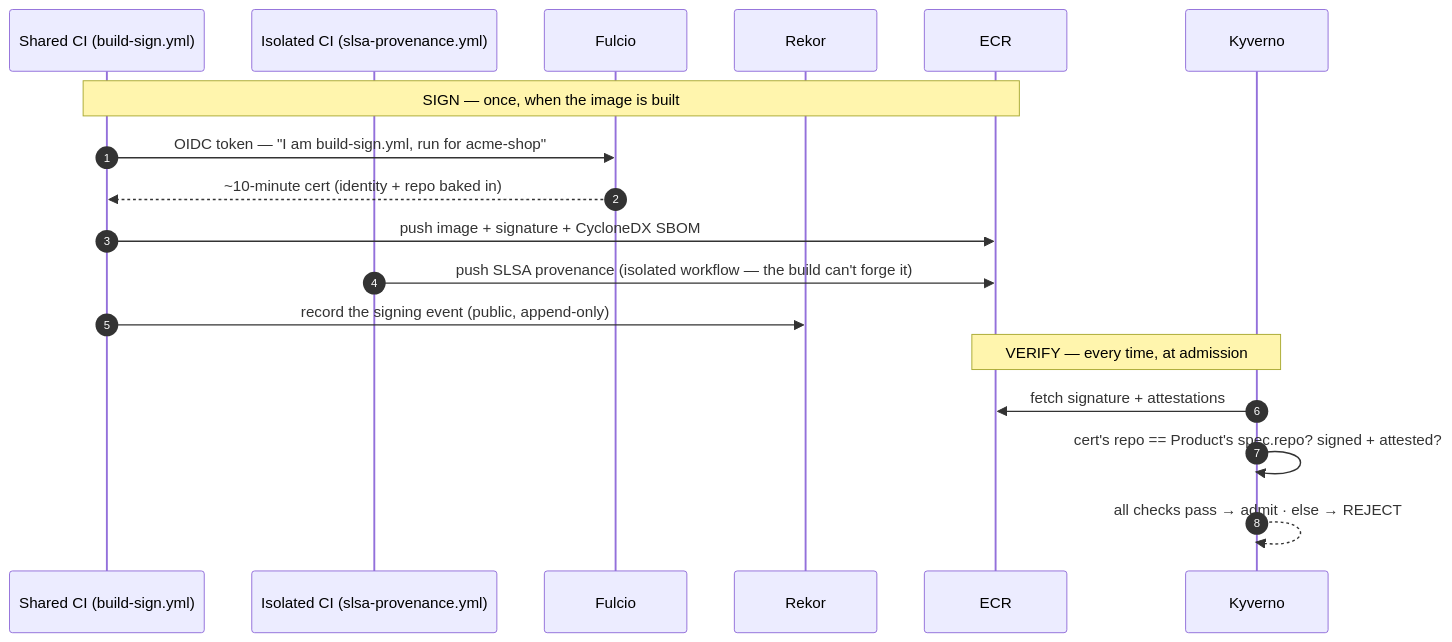
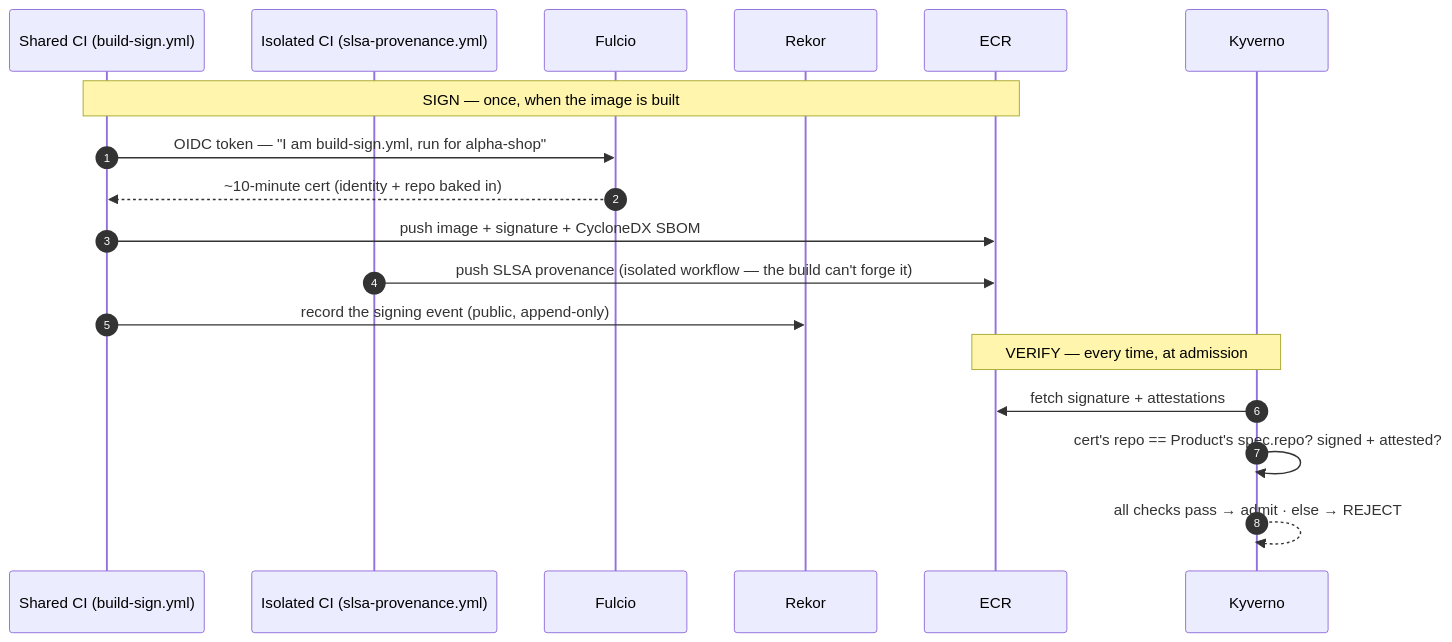
The diagram in docs/learn/supply-chain/orientation.md (asanexample/platform), drawn with Mermaid before and after one commit. The commit also changed other lines of this file and 48 other files, not shown here.

First line of the commit message:
docs(learn): use the real alpha/bravo footprint in examples (retire fictional acme)

````diff
--- a/docs/learn/supply-chain/orientation.md
+++ b/docs/learn/supply-chain/orientation.md
@@ -149,22 +149,22 @@
 ```mermaid
 sequenceDiagram
     autonumber
     participant CI as Shared CI (build-sign.yml)
     participant SLSA as Isolated CI (slsa-provenance.yml)
     participant Fulcio
     participant Rekor
     participant ECR
     participant Kyverno
 
     Note over CI,ECR: SIGN — once, when the image is built
-    CI->>Fulcio: OIDC token — "I am build-sign.yml, run for acme-shop"
+    CI->>Fulcio: OIDC token — "I am build-sign.yml, run for alpha-shop"
     Fulcio-->>CI: ~10-minute cert (identity + repo baked in)
     CI->>ECR: push image + signature + CycloneDX SBOM
     SLSA->>ECR: push SLSA provenance (isolated workflow — the build can't forge it)
     CI->>Rekor: record the signing event (public, append-only)
 
     Note over ECR,Kyverno: VERIFY — every time, at admission
     Kyverno->>ECR: fetch signature + attestations
     Kyverno->>Kyverno: cert's repo == Product's spec.repo? signed + attested?
     Kyverno-->>Kyverno: all checks pass → admit · else → REJECT
 ```
````
